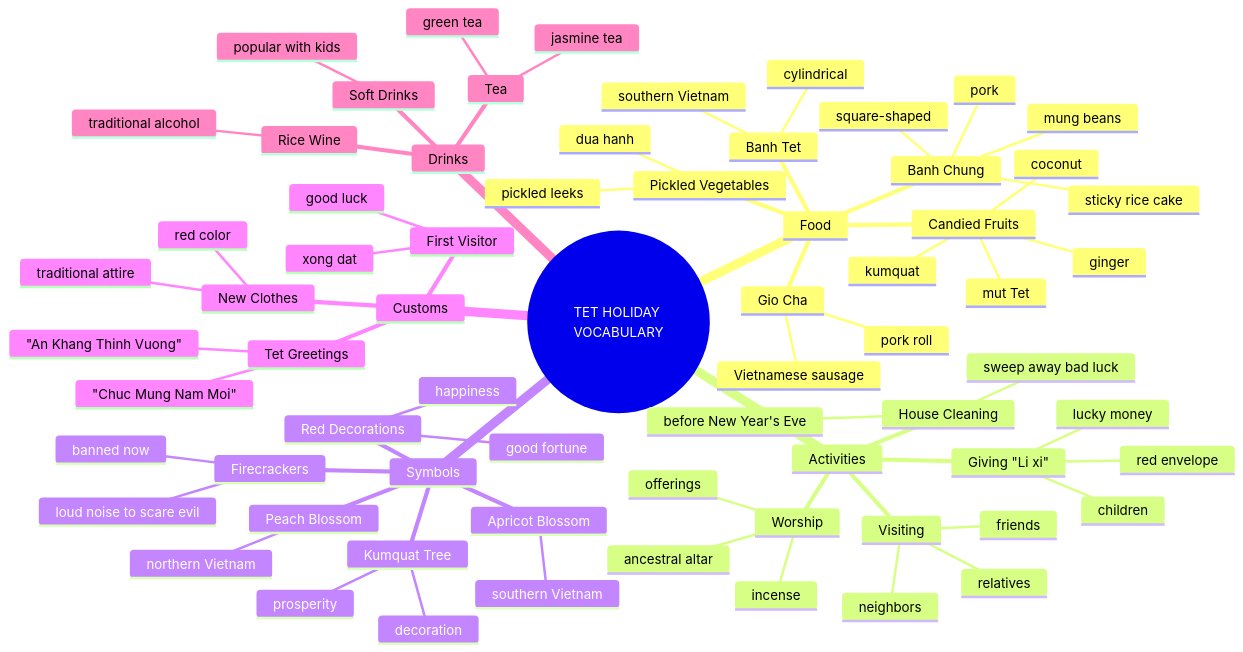
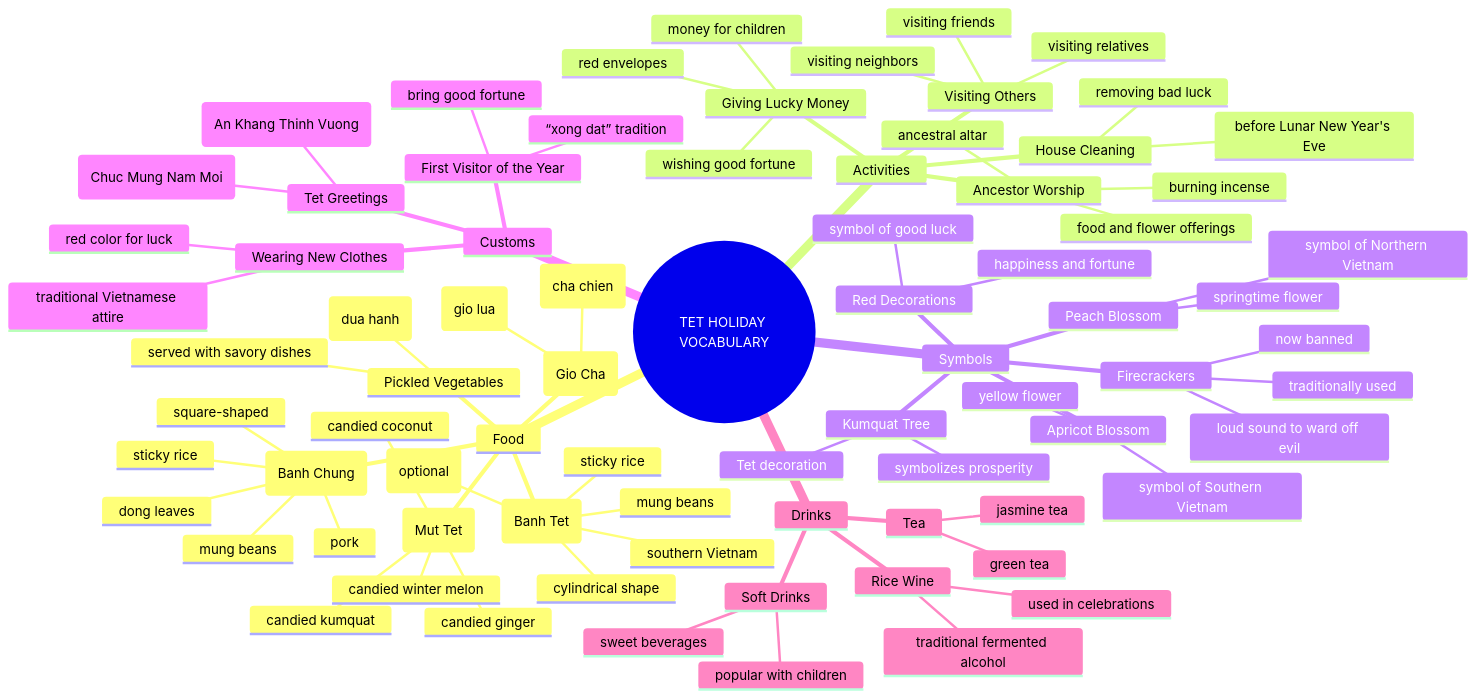
Before and after one commit to aerovfx/aerolang: the diagram in Lesson06_VietNamese_traditianal/01_Subject.md, drawn with Mermaid.

Commit message:
Tu khoa ve Tet

````diff
--- a/Lesson06_VietNamese_traditianal/01_Subject.md
+++ b/Lesson06_VietNamese_traditianal/01_Subject.md
@@ -1,72 +1,81 @@
 ```mermaid
 mindmap
   root((TET HOLIDAY VOCABULARY))
     Food
-      Banh Chung
-        sticky rice cake
+      Square Sticky Rice Cake (Banh Chung)
+        sticky rice
         square-shaped
         pork
         mung beans
-      Banh Tet
-        cylindrical
+        dong leaves
+      Cylindrical Sticky Rice Cake (Banh Tet)
+        cylindrical shape
+        sticky rice
+        mung beans
+        banana (optional)
         southern Vietnam
       Pickled Vegetables
-        dua hanh
-        pickled leeks
-      Gio Cha
-        Vietnamese sausage
-        pork roll
-      Candied Fruits
-        mut Tet
-        coconut
-        ginger
-        kumquat
+        pickled leeks (dua hanh)
+        served with savory dishes
+      Vietnamese Pork Sausage (Gio Cha)
+        lean pork roll (gio lua)
+        fried pork roll (cha chien)
+      Candied Fruits (Mut Tet)
+        candied coconut
+        candied ginger
+        candied kumquat
+        candied winter melon
     Activities
       House Cleaning
-        sweep away bad luck
-        before New Year's Eve
-      Worship
+        removing bad luck
+        before Lunar New Year's Eve
+      Ancestor Worship
         ancestral altar
-        incense
-        offerings
-      Visiting
-        relatives
-        neighbors
-        friends
-      Giving "Li xi"
-        lucky money
-        red envelope
-        children
+        burning incense
+        food and flower offerings
+      Visiting Others
+        visiting relatives
+        visiting neighbors
+        visiting friends
+      Giving Lucky Money
+        red envelopes
+        money for children
+        wishing good fortune
     Symbols
       Peach Blossom
-        northern Vietnam
+        symbol of Northern Vietnam
+        springtime flower
       Apricot Blossom
-        southern Vietnam
+        symbol of Southern Vietnam
+        yellow flower
       Kumquat Tree
-        prosperity
-        decoration
+        symbolizes prosperity
+        Tet decoration
       Red Decorations
-        good fortune
-        happiness
+        symbol of good luck
+        happiness and fortune
       Firecrackers
-        banned now
-        loud noise to scare evil
+        traditionally used
+        loud sound to ward off evil
+        now banned
     Customs
-      First Visitor
-        xong dat
-        good luck
-      New Clothes
-        red color
-        traditional attire
+      First Visitor of the Year
+        “xong dat” tradition
+        bring good fortune
+      Wearing New Clothes
+        red color for luck
+        traditional Vietnamese attire
       Tet Greetings
-        "Chuc Mung Nam Moi"
-        "An Khang Thinh Vuong"
+        "Happy New Year" (Chuc Mung Nam Moi)
+        "Wishing Prosperity" (An Khang Thinh Vuong)
     Drinks
       Tea
         green tea
         jasmine tea
       Rice Wine
-        traditional alcohol
+        traditional fermented alcohol
+        used in celebrations
       Soft Drinks
-        popular with kids
+        sweet beverages
+        popular with children
 ```
````
